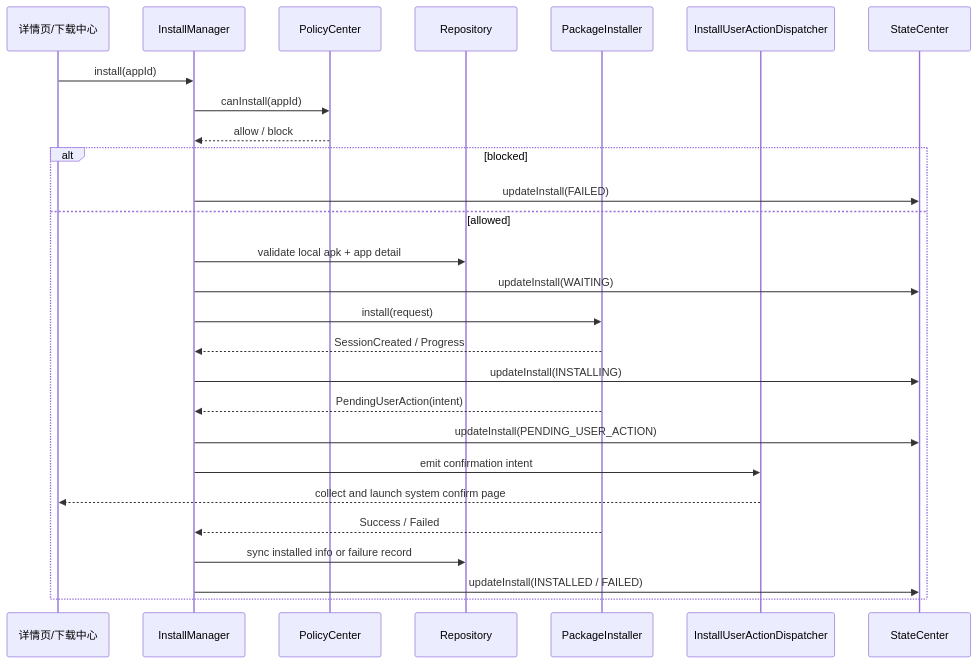
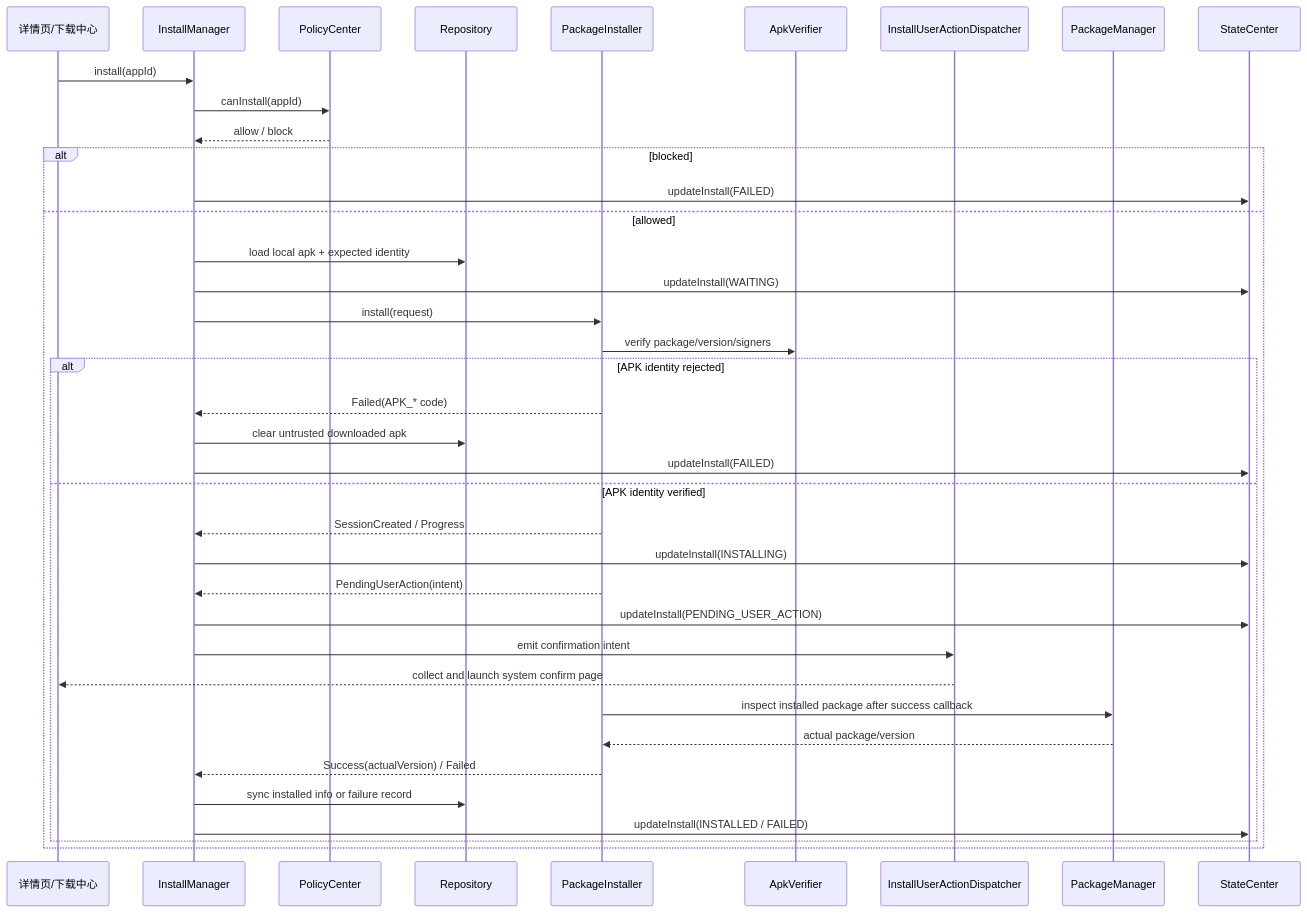
One commit to XZQ/CarAppStore changed the third of 6 diagrams in docs/05-核心时序图.md. Above: the diagram before and after it, drawn with Mermaid. The commit also changed 18 other files, not shown here.

````diff
--- a/docs/05-核心时序图.md
+++ b/docs/05-核心时序图.md
@@ -54,30 +54,41 @@
 ```mermaid
 sequenceDiagram
 participant UI as 详情页/下载中心
 participant IM as InstallManager
 participant Policy as PolicyCenter
 participant Repo as Repository
 participant Installer as PackageInstaller
+participant Verifier as ApkVerifier
 participant Dispatcher as InstallUserActionDispatcher
+participant PM as PackageManager
 participant State as StateCenter
 
 UI->>IM: install(appId)
 IM->>Policy: canInstall(appId)
 Policy-->>IM: allow / block
 alt blocked
   IM->>State: updateInstall(FAILED)
 else allowed
-  IM->>Repo: validate local apk + app detail
+  IM->>Repo: load local apk + expected identity
   IM->>State: updateInstall(WAITING)
   IM->>Installer: install(request)
-  Installer-->>IM: SessionCreated / Progress
-  IM->>State: updateInstall(INSTALLING)
-  Installer-->>IM: PendingUserAction(intent)
-  IM->>State: updateInstall(PENDING_USER_ACTION)
-  IM->>Dispatcher: emit confirmation intent
-  Dispatcher-->>UI: collect and launch system confirm page
-  Installer-->>IM: Success / Failed
-  IM->>Repo: sync installed info or failure record
-  IM->>State: updateInstall(INSTALLED / FAILED)
+  Installer->>Verifier: verify package/version/signers
+  alt APK identity rejected
+    Installer-->>IM: Failed(APK_* code)
+    IM->>Repo: clear untrusted downloaded apk
+    IM->>State: updateInstall(FAILED)
+  else APK identity verified
+    Installer-->>IM: SessionCreated / Progress
+    IM->>State: updateInstall(INSTALLING)
+    Installer-->>IM: PendingUserAction(intent)
+    IM->>State: updateInstall(PENDING_USER_ACTION)
+    IM->>Dispatcher: emit confirmation intent
+    Dispatcher-->>UI: collect and launch system confirm page
+    Installer->>PM: inspect installed package after success callback
+    PM-->>Installer: actual package/version
+    Installer-->>IM: Success(actualVersion) / Failed
+    IM->>Repo: sync installed info or failure record
+    IM->>State: updateInstall(INSTALLED / FAILED)
+  end
 end
 ```
````
